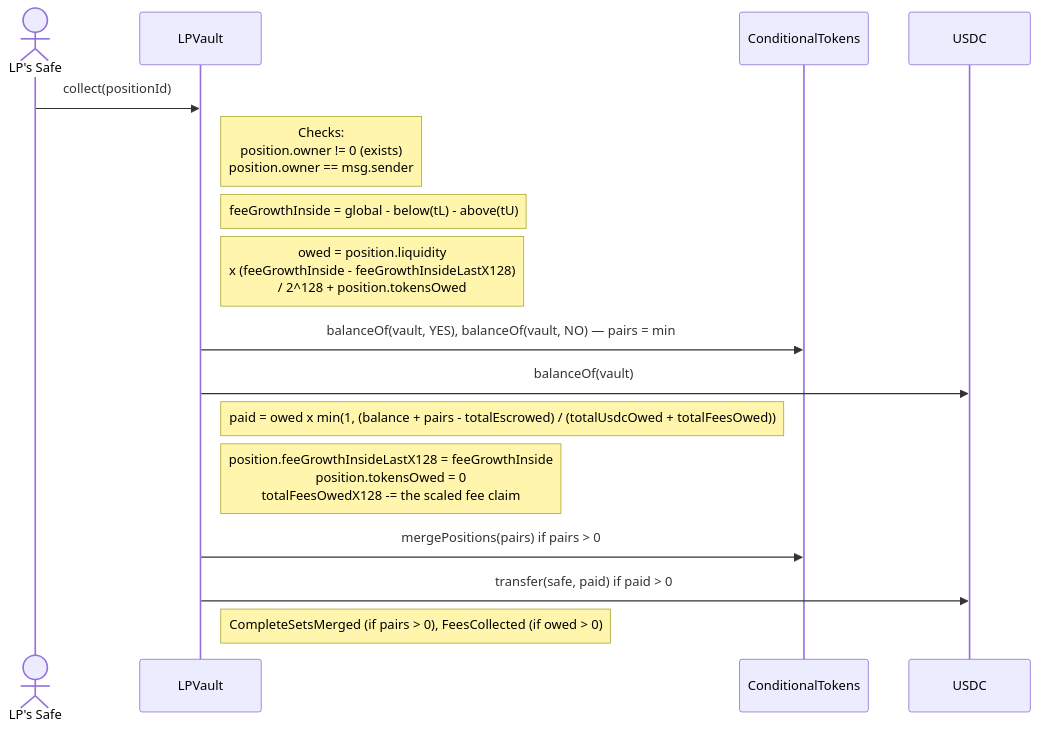
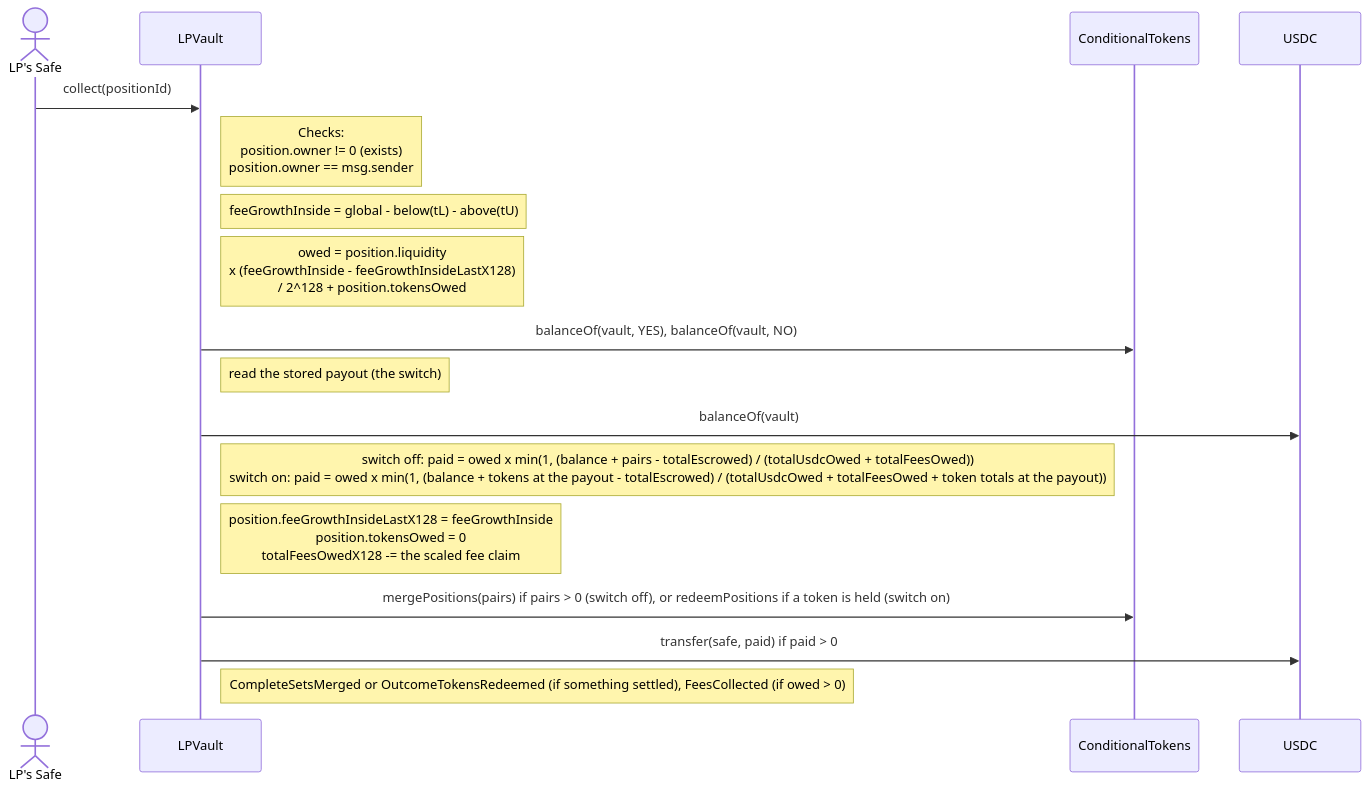
Before and after one commit to ProphetMarket/lp-vaults: diagram 12 of 35 in REFERENCE.md, drawn with Mermaid. The commit also changed other lines of this file and 4 other files, not shown here.

````diff
--- a/REFERENCE.md
+++ b/REFERENCE.md
@@ -602,19 +602,20 @@
 ```mermaid
 sequenceDiagram
     actor Safe as LP's Safe
     participant Vault as LPVault
     participant CTF as ConditionalTokens
     participant USDC
 
     Safe->>Vault: collect(positionId)
     Note right of Vault: Checks:<br/>position.owner != 0 (exists)<br/>position.owner == msg.sender
     Note right of Vault: feeGrowthInside = global - below(tL) - above(tU)
     Note right of Vault: owed = position.liquidity<br/>    x (feeGrowthInside - feeGrowthInsideLastX128)<br/>    / 2^128 + position.tokensOwed
-    Vault->>CTF: balanceOf(vault, YES), balanceOf(vault, NO) — pairs = min
+    Vault->>CTF: balanceOf(vault, YES), balanceOf(vault, NO)
+    Note right of Vault: read the stored payout (the switch)
     Vault->>USDC: balanceOf(vault)
-    Note right of Vault: paid = owed x min(1, (balance + pairs - totalEscrowed) / (totalUsdcOwed + totalFeesOwed))
+    Note right of Vault: switch off: paid = owed x min(1, (balance + pairs - totalEscrowed) / (totalUsdcOwed + totalFeesOwed))<br/>switch on: paid = owed x min(1, (balance + tokens at the payout - totalEscrowed) / (totalUsdcOwed + totalFeesOwed + token totals at the payout))
     Note right of Vault: position.feeGrowthInsideLastX128 = feeGrowthInside<br/>position.tokensOwed = 0<br/>totalFeesOwedX128 -= the scaled fee claim
-    Vault->>CTF: mergePositions(pairs) if pairs > 0
+    Vault->>CTF: mergePositions(pairs) if pairs > 0 (switch off), or redeemPositions if a token is held (switch on)
     Vault->>USDC: transfer(safe, paid) if paid > 0
-    Note right of Vault: CompleteSetsMerged (if pairs > 0), FeesCollected (if owed > 0)
+    Note right of Vault: CompleteSetsMerged or OutcomeTokensRedeemed (if something settled), FeesCollected (if owed > 0)
 ```
````
